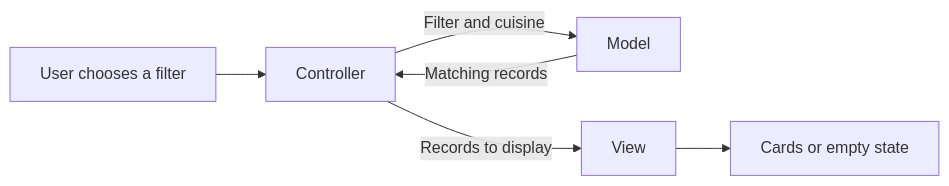
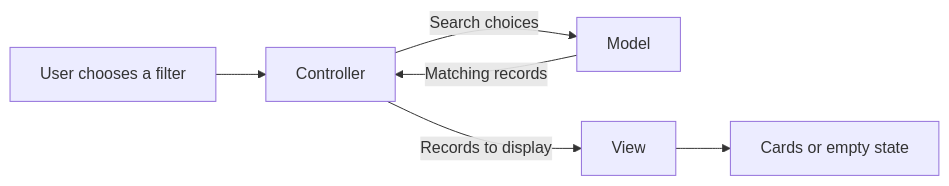
One commit to kennethyeaher/mvcWebApp changed the diagram in README.md. Above: the diagram before and after it, drawn with Mermaid. The commit also changed other lines of this file and 4 other files, not shown here.

````diff
--- a/README.md
+++ b/README.md
@@ -54,8 +71,8 @@
 ```mermaid
 flowchart LR
     U[User chooses a filter] --> C[Controller]
-    C -->|Filter and cuisine| M[Model]
+    C -->|Search choices| M[Model]
     M -->|Matching records| C
     C -->|Records to display| V[View]
     V --> R[Cards or empty state]
 ```
````
